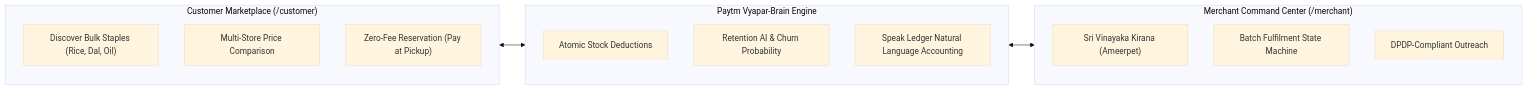
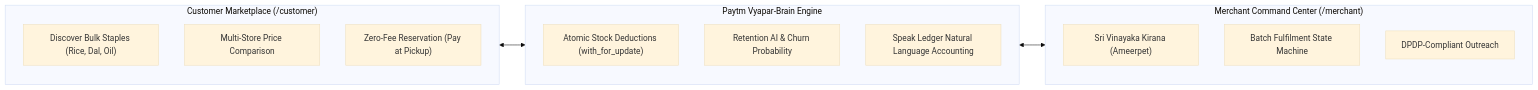
One commit to Suryaaa81/Paytm_Vyapar changed the diagram in README.md. Above: the diagram before and after it, drawn with Mermaid (base theme). The commit also changed other lines of this file, not shown here.

Commit message:
docs: enrich README with visual mockups, 2-minute evaluator demo script, and deep architecture details

````diff
--- a/README.md
+++ b/README.md
@@ -24,22 +26,22 @@
 ```mermaid
 graph LR
     subgraph Customer["Customer Marketplace (/customer)"]
         C1["Discover Bulk Staples (Rice, Dal, Oil)"]
         C2["Multi-Store Price Comparison"]
         C3["Zero-Fee Reservation (Pay at Pickup)"]
     end
 
     subgraph Core["Paytm Vyapar-Brain Engine"]
-        E1["Atomic Stock Deductions"]
+        E1["Atomic Stock Deductions (with_for_update)"]
         E2["Retention AI & Churn Probability"]
         E3["Speak Ledger Natural Language Accounting"]
     end
 
     subgraph Merchant["Merchant Command Center (/merchant)"]
         M1["Sri Vinayaka Kirana (Ameerpet)"]
         M2["Batch Fulfilment State Machine"]
         M3["DPDP-Compliant Outreach"]
     end
 
     Customer <--> Core <--> Merchant
 ```
````
